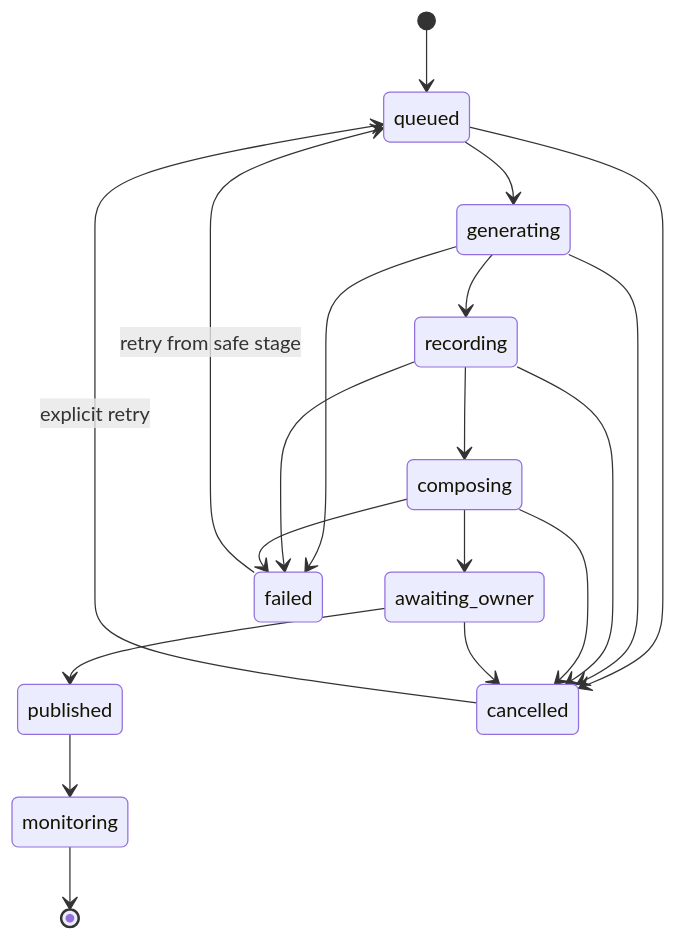
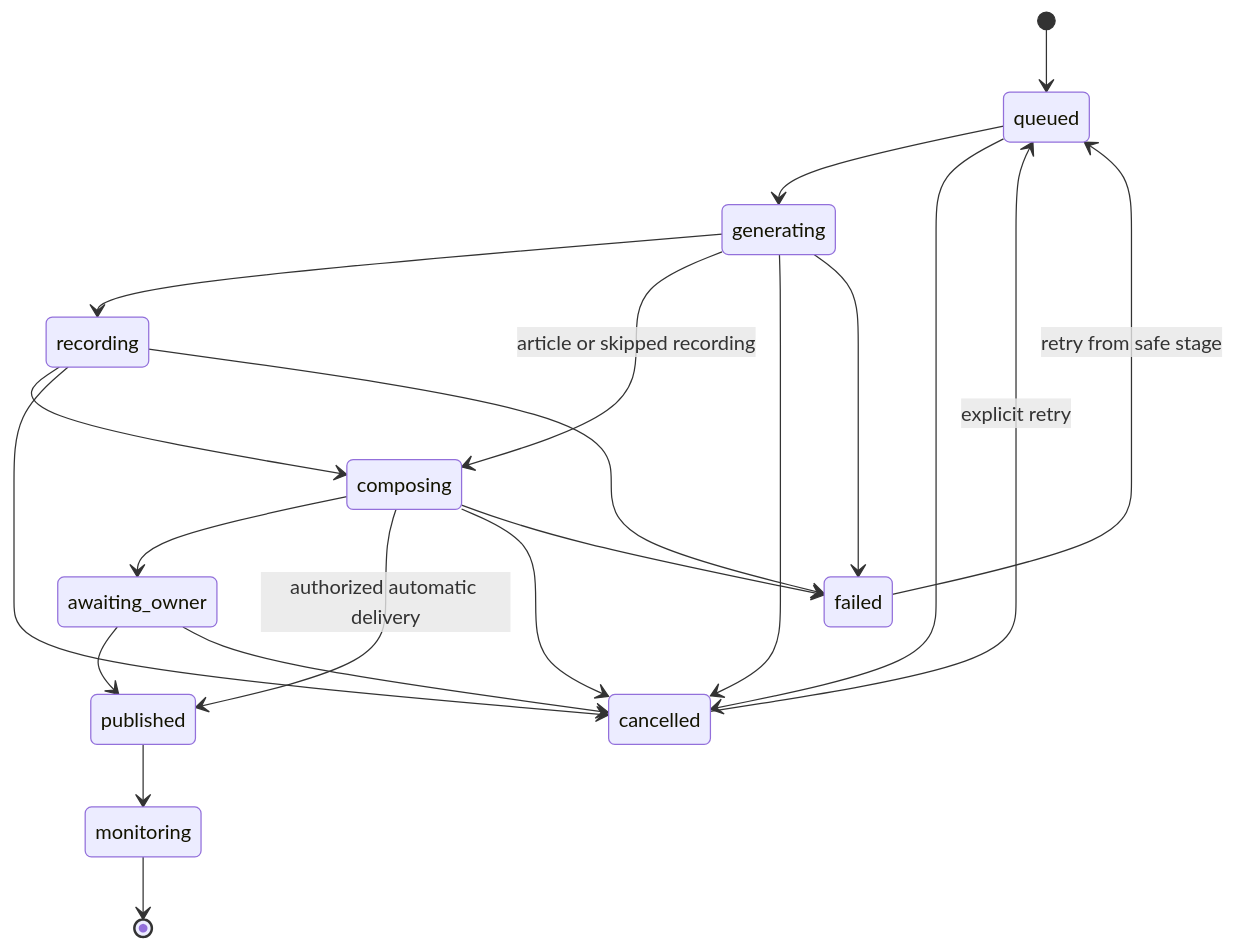
Before and after one commit to IllegalCreed/content-studio: the second of 2 diagrams in docs/control-plane.md, drawn with Mermaid. The commit also changed other lines of this file and 56 other files, not shown here.

Commit message:
feat: add local runtime activity flow

````diff
--- a/docs/control-plane.md
+++ b/docs/control-plane.md
@@ -82,23 +278,24 @@
 ```mermaid
 stateDiagram-v2
   [*] --> queued
   queued --> generating
   generating --> recording
+  generating --> composing: article or skipped recording
   recording --> composing
   composing --> awaiting_owner
+  composing --> published: authorized automatic delivery
   awaiting_owner --> published
   published --> monitoring
   monitoring --> [*]
 
   queued --> cancelled
   generating --> cancelled
   recording --> cancelled
   composing --> cancelled
+  awaiting_owner --> cancelled
   generating --> failed
   recording --> failed
   composing --> failed
-  awaiting_owner --> cancelled
-
   failed --> queued: retry from safe stage
   cancelled --> queued: explicit retry
 ```
````
